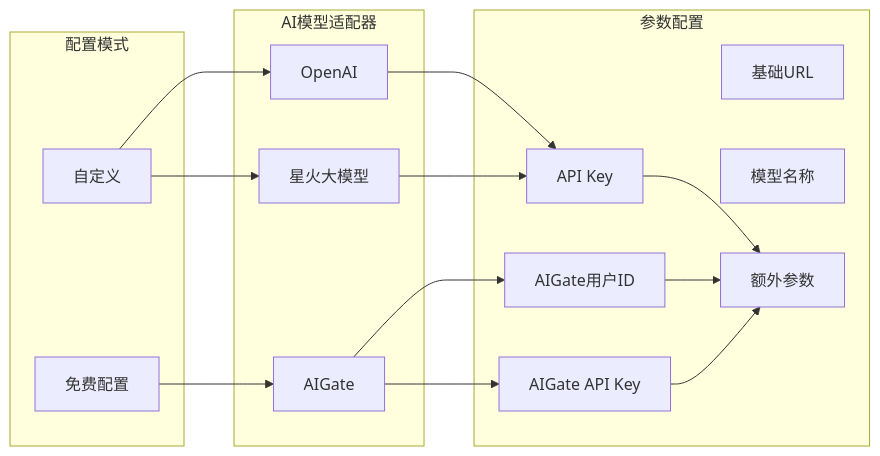
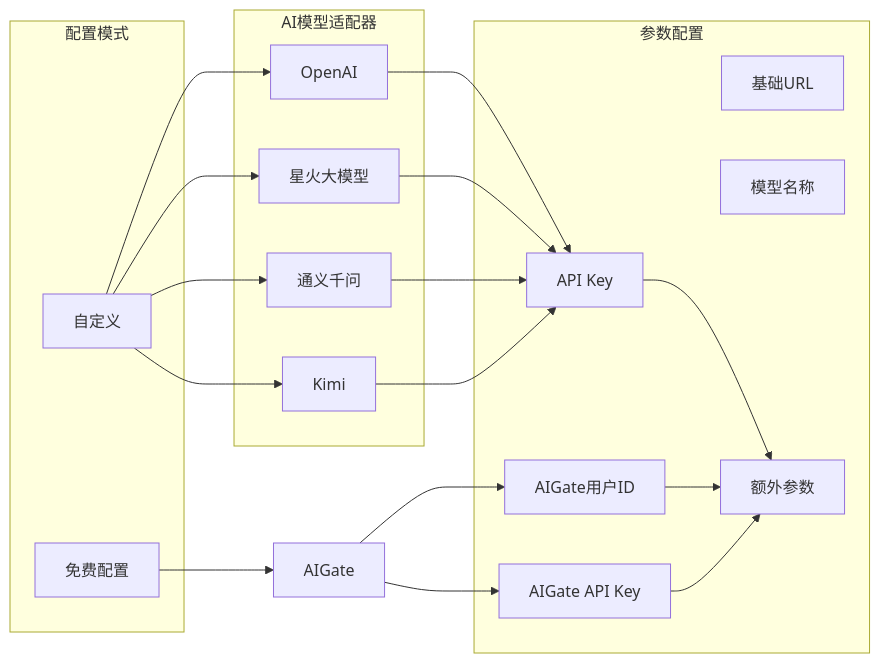
One commit to RadiumAg/bilibili-favorites changed the seventh of 8 diagrams in .qoder/repowiki/zh/content/核心功能模块/AI关键词提取系统.md. Above: the diagram before and after it, drawn with Mermaid. The commit also changed other lines of this file and 3 other files, not shown here.

````diff
--- a/.qoder/repowiki/zh/content/核心功能模块/AI关键词提取系统.md
+++ b/.qoder/repowiki/zh/content/核心功能模块/AI关键词提取系统.md
@@ -297,31 +373,36 @@
 ```mermaid
 graph LR
 subgraph "配置模式"
 Custom[自定义配置]
 Free[免费配置]
 end
 subgraph "AI模型适配器"
 OpenAI[OpenAI]
 Spark[星火大模型]
-AIGate[AIGate]
+Qwen[通义千问]
+Kimi[Kimi]
 Custom[自定义]
 end
 subgraph "参数配置"
 APIKey[API Key]
 BaseURL[基础URL]
 Model[模型名称]
 ExtraParams[额外参数]
 AIGateUserId[AIGate用户ID]
 AIGateApiKey[AIGate API Key]
 end
 Custom --> OpenAI
 Custom --> Spark
+Custom --> Qwen
+Custom --> Kimi
 Free --> AIGate
 OpenAI --> APIKey
 Spark --> APIKey
+Qwen --> APIKey
+Kimi --> APIKey
 AIGate --> AIGateUserId
 AIGate --> AIGateApiKey
 APIKey --> ExtraParams
 AIGateUserId --> ExtraParams
 AIGateApiKey --> ExtraParams
 ```
````
